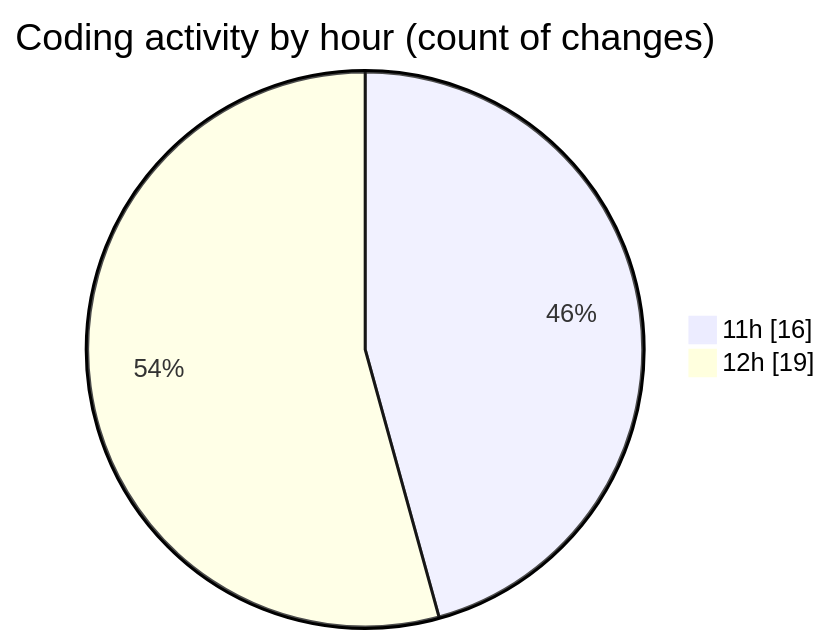
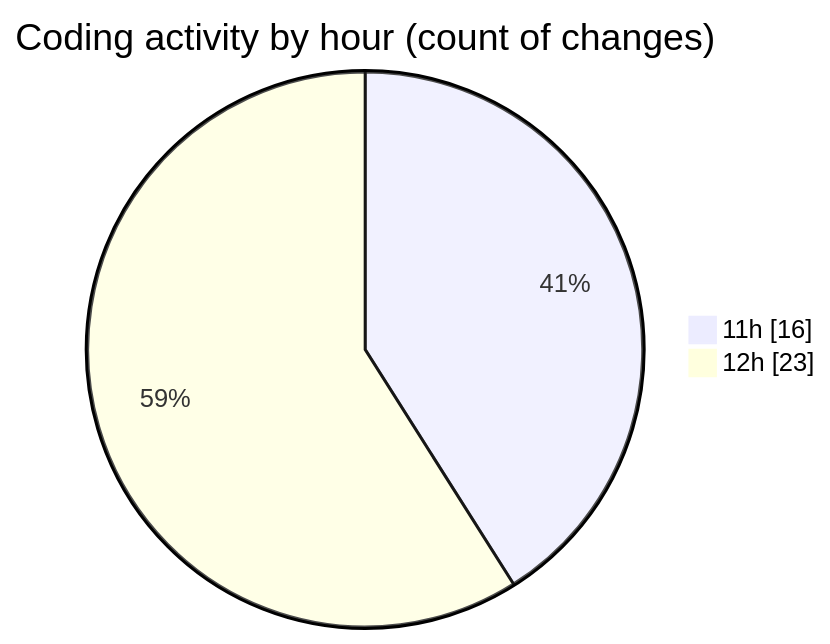
One commit to Elitesun/code-tracking changed the second of 2 diagrams in 2025-04-26/product-page/README.md. Above: the diagram before and after it, drawn with Mermaid. The commit also changed other lines of this file and 1 other file, not shown here.

````diff
--- a/2025-04-26/product-page/README.md
+++ b/2025-04-26/product-page/README.md
@@ -42,6 +42,6 @@
 ```mermaid
 pie showData
 title Coding activity by hour (count of changes)
 "11h" : 16
-"12h" : 19
+"12h" : 23
 ```
````
